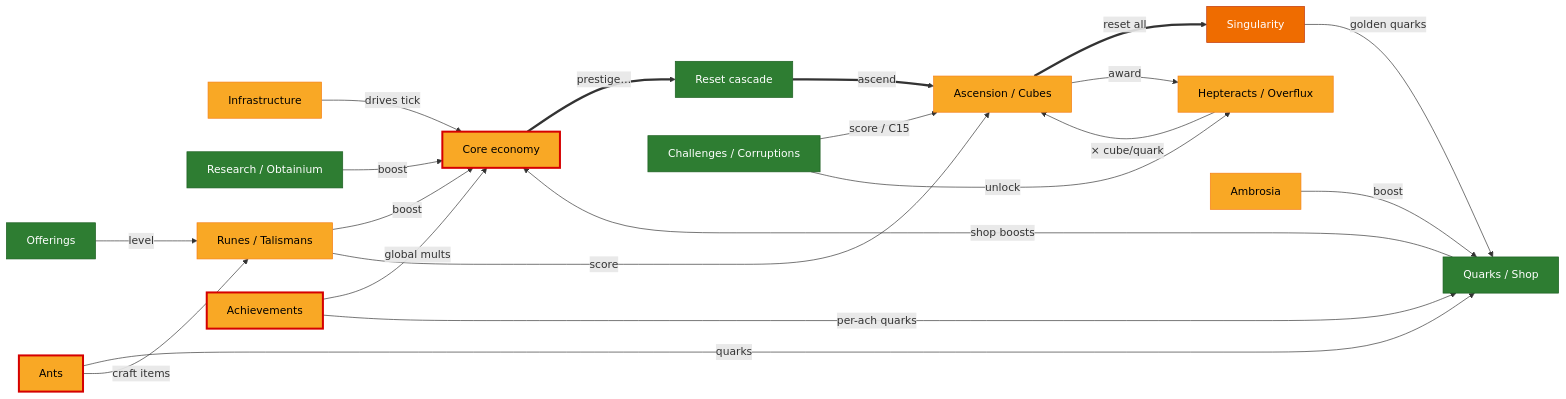
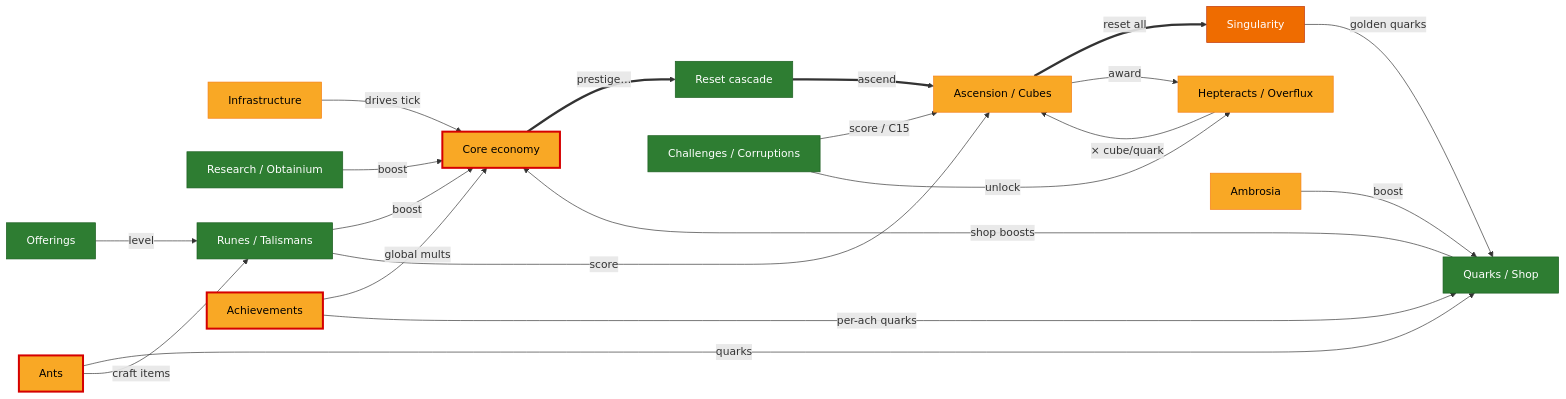
The diagram in docs/systems/README.md (MaddisonM79/synergism_forkd), drawn with Mermaid before and after one commit. The commit also changed other lines of this file and 1 other file, not shown here.

Commit message:
docs(systems): mark runes/spirits/talismans ported
Update the runes-talismans systems page + README index for this session's
work: 10-rune / 11-talisman roster, rune spirits and talismans now ported
(spirit-power chain, talisman rarity recompute + talisman→rune-level bonus).
Document the residual neutral-defaults (unported unlock gates, the
prism/thrift/SI per-rune aggregators) and the one remaining carve-out —
thrift blessing, pending the boostAccelerator buy.

````diff
--- a/docs/systems/README.md
+++ b/docs/systems/README.md
@@ -44,42 +44,42 @@
 ```mermaid
 flowchart LR
   classDef ported fill:#2e7d32,color:#fff,stroke:#1b5e20;
   classDef partial fill:#f9a825,color:#000,stroke:#f57f17;
   classDef stub fill:#ef6c00,color:#fff,stroke:#bf360c;
   classDef bug fill:#f9a825,color:#000,stroke:#d50000,stroke-width:3px;
 
   infra["Infrastructure"]:::partial
   coreEcon["Core economy"]:::bug
   resets["Reset cascade"]:::ported
   research["Research / Obtainium"]:::ported
   offerings["Offerings"]:::ported
-  runes["Runes / Talismans"]:::partial
+  runes["Runes / Talismans"]:::ported
   ants["Ants"]:::bug
   challenges["Challenges / Corruptions"]:::ported
   ascension["Ascension / Cubes"]:::partial
   hepteracts["Hepteracts / Overflux"]:::partial
   singularity["Singularity"]:::stub
   ambrosia["Ambrosia"]:::partial
   meta["Quarks / Shop"]:::ported
   achievements["Achievements"]:::bug
 
   coreEcon ==>|"prestige…"| resets
   resets ==>|"ascend"| ascension
   ascension ==>|"reset all"| singularity
   infra -->|"drives tick"| coreEcon
   research -->|"boost"| coreEcon
   offerings -->|"level"| runes
   runes -->|"boost"| coreEcon
   runes -->|"score"| ascension
   ants -->|"quarks"| meta
   ants -->|"craft items"| runes
   challenges -->|"score / C15"| ascension
   challenges -->|"unlock"| hepteracts
   ascension -->|"award"| hepteracts
   hepteracts -->|"× cube/quark"| ascension
   singularity -->|"golden quarks"| meta
   ambrosia -->|"boost"| meta
   meta -->|"shop boosts"| coreEcon
   achievements -->|"global mults"| coreEcon
   achievements -->|"per-ach quarks"| meta
 ```
````
